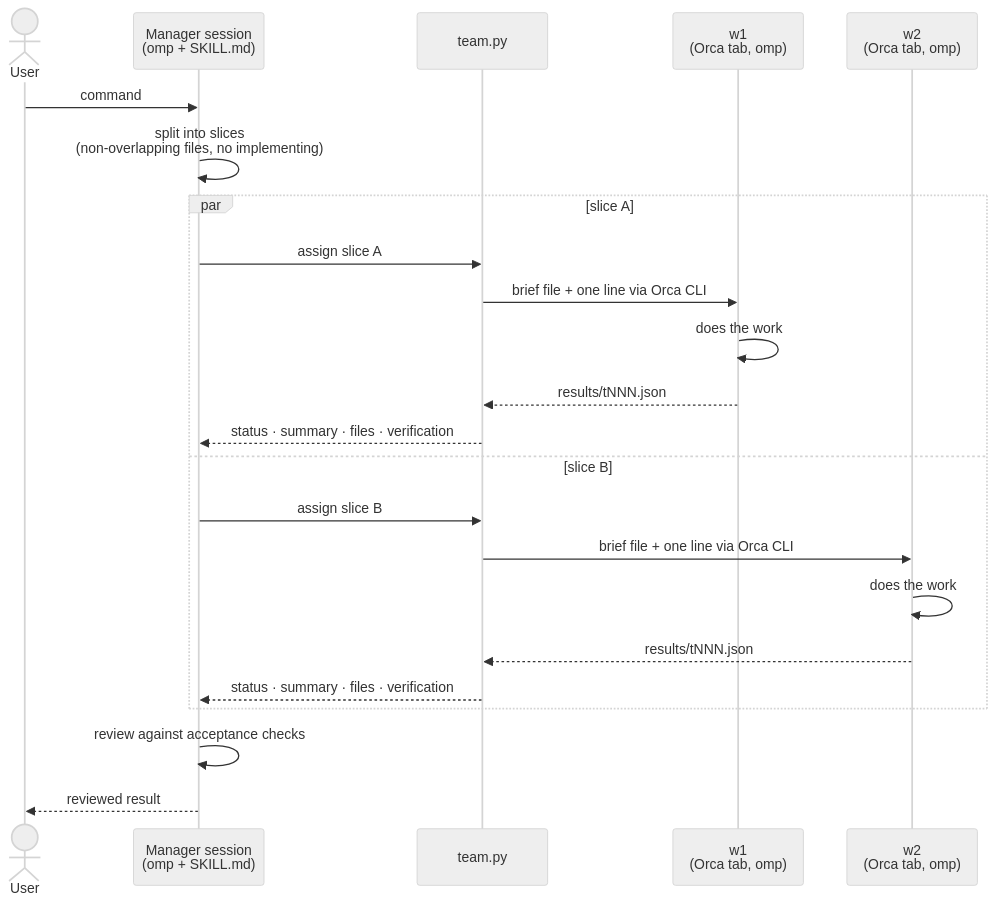
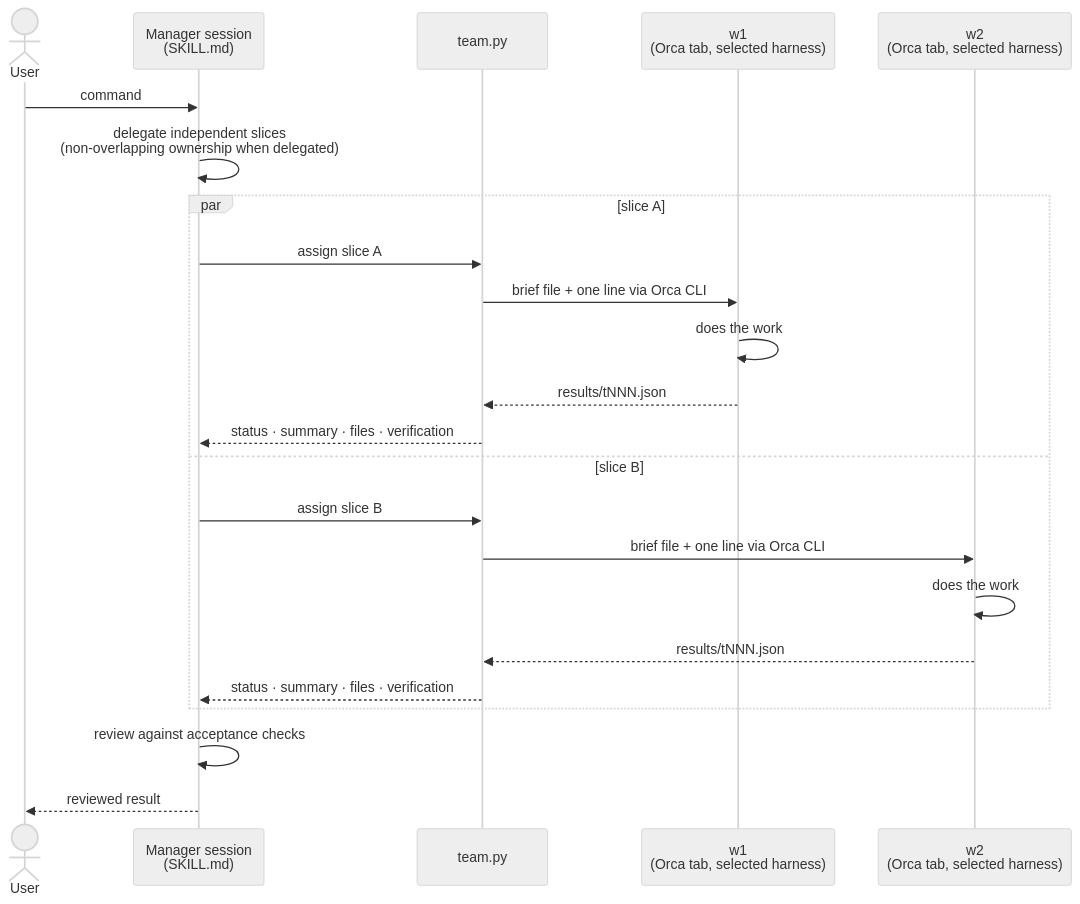
One commit to DamChan0/team-building-skill changed the diagram in README.md. Above: the diagram before and after it, drawn with Mermaid (neutral theme). The commit also changed other lines of this file and 2 other files, not shown here.

First line of the commit message:
feat: add multi-harness worker teams

````diff
--- a/README.md
+++ b/README.md
@@ -12,25 +11,25 @@
 ```mermaid
 sequenceDiagram
     actor U as User
-    participant M as Manager session<br/>(omp + SKILL.md)
+    participant M as Manager session<br/>(SKILL.md)
     participant H as team.py
-    participant W1 as w1<br/>(Orca tab, omp)
-    participant W2 as w2<br/>(Orca tab, omp)
+    participant W1 as w1<br/>(Orca tab, selected harness)
+    participant W2 as w2<br/>(Orca tab, selected harness)
     U->>M: command
-    M->>M: split into slices<br/>(non-overlapping files, no implementing)
+    M->>M: delegate independent slices<br/>(non-overlapping ownership when delegated)
     par slice A
         M->>H: assign slice A
         H->>W1: brief file + one line via Orca CLI
         W1->>W1: does the work
         W1-->>H: results/tNNN.json
         H-->>M: status · summary · files · verification
     and slice B
         M->>H: assign slice B
         H->>W2: brief file + one line via Orca CLI
         W2->>W2: does the work
         W2-->>H: results/tNNN.json
         H-->>M: status · summary · files · verification
     end
     M->>M: review against acceptance checks
     M-->>U: reviewed result
 ```
````
